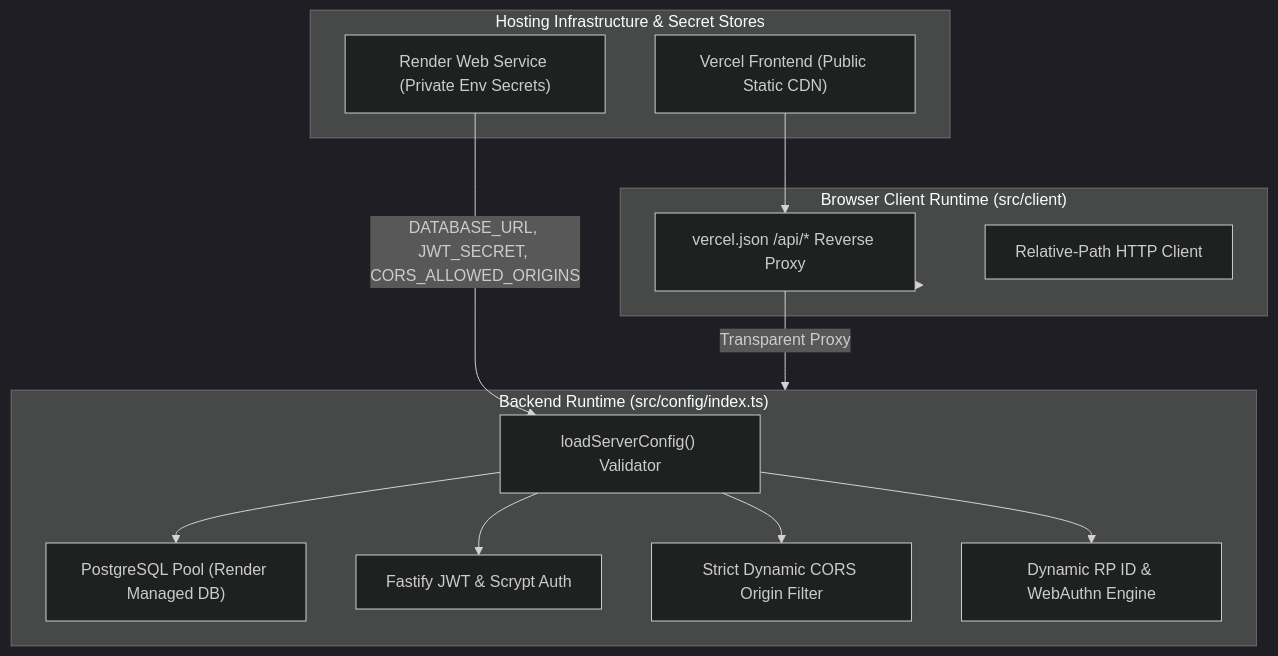
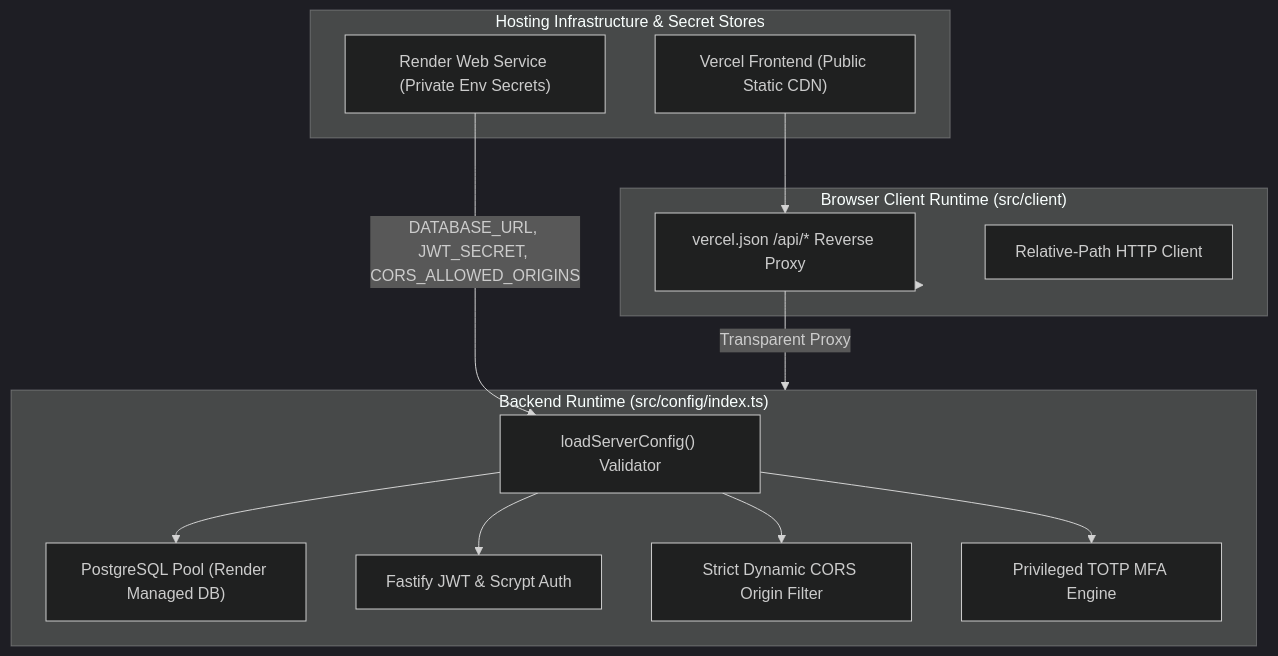
The diagram in docs/environment-and-secrets.md (raw-swag/DORMEX), drawn with Mermaid (dark theme) before and after one commit. The commit also changed other lines of this file and 27 other files, not shown here.

````diff
--- a/docs/environment-and-secrets.md
+++ b/docs/environment-and-secrets.md
@@ -11,30 +11,30 @@
 ```mermaid
 flowchart TD
     subgraph Hosting_Platforms["Hosting Infrastructure & Secret Stores"]
         Render["Render Web Service (Private Env Secrets)"]
         Vercel["Vercel Frontend (Public Static CDN)"]
     end
 
     subgraph Backend_Runtime["Backend Runtime (src/config/index.ts)"]
         ServerConfig["loadServerConfig() Validator"]
         DB["PostgreSQL Pool (Render Managed DB)"]
         Auth["Fastify JWT & Scrypt Auth"]
         CORS["Strict Dynamic CORS Origin Filter"]
-        WebAuthn["Dynamic RP ID & WebAuthn Engine"]
+        MFA["Privileged TOTP MFA Engine"]
     end
 
     subgraph Client_Runtime["Browser Client Runtime (src/client)"]
         Rewrites["vercel.json /api/* Reverse Proxy"]
         AppShell["Relative-Path HTTP Client"]
     end
 
     Render -->|DATABASE_URL, JWT_SECRET, CORS_ALLOWED_ORIGINS| ServerConfig
     ServerConfig --> DB
     ServerConfig --> Auth
     ServerConfig --> CORS
-    ServerConfig --> WebAuthn
+    ServerConfig --> MFA
 
     Vercel --> Rewrites
     Rewrites -->|Transparent Proxy| Backend_Runtime
     Client_Runtime --> Rewrites
 ```
````
